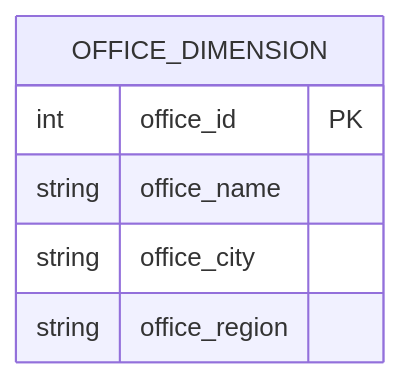
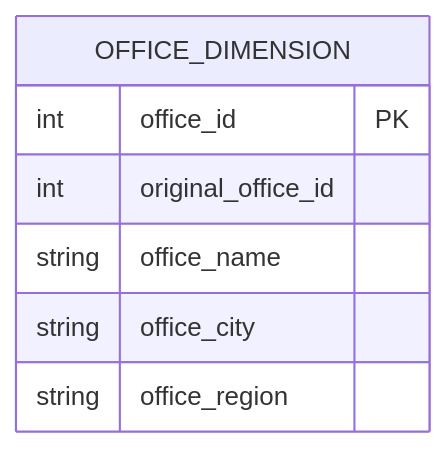
One commit to LONG-TERM-EFFECTS-OF-SUFFERING/Rapidos_y_Furiosos_data_warehouse changed the third of 9 diagrams in dimensions_and_data_marts.md. Above: the diagram before and after it, drawn with Mermaid. The commit also changed other lines of this file and 4 other files, not shown here.

````diff
--- a/dimensions_and_data_marts.md
+++ b/dimensions_and_data_marts.md
@@ -27,9 +29,10 @@
 ```MERMAID
 erDiagram
     OFFICE_DIMENSION {
         int office_id PK
+        int original_office_id
         string office_name
         string office_city
         string office_region
     }
 ```
````
